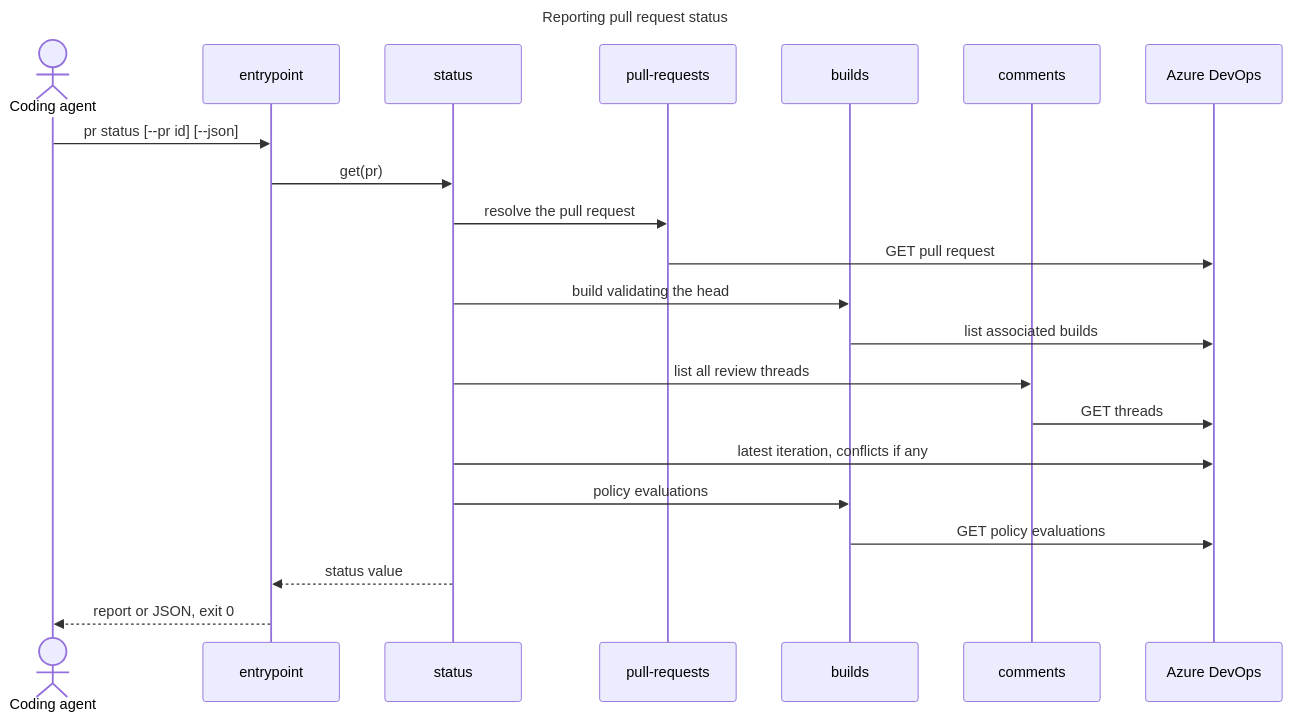
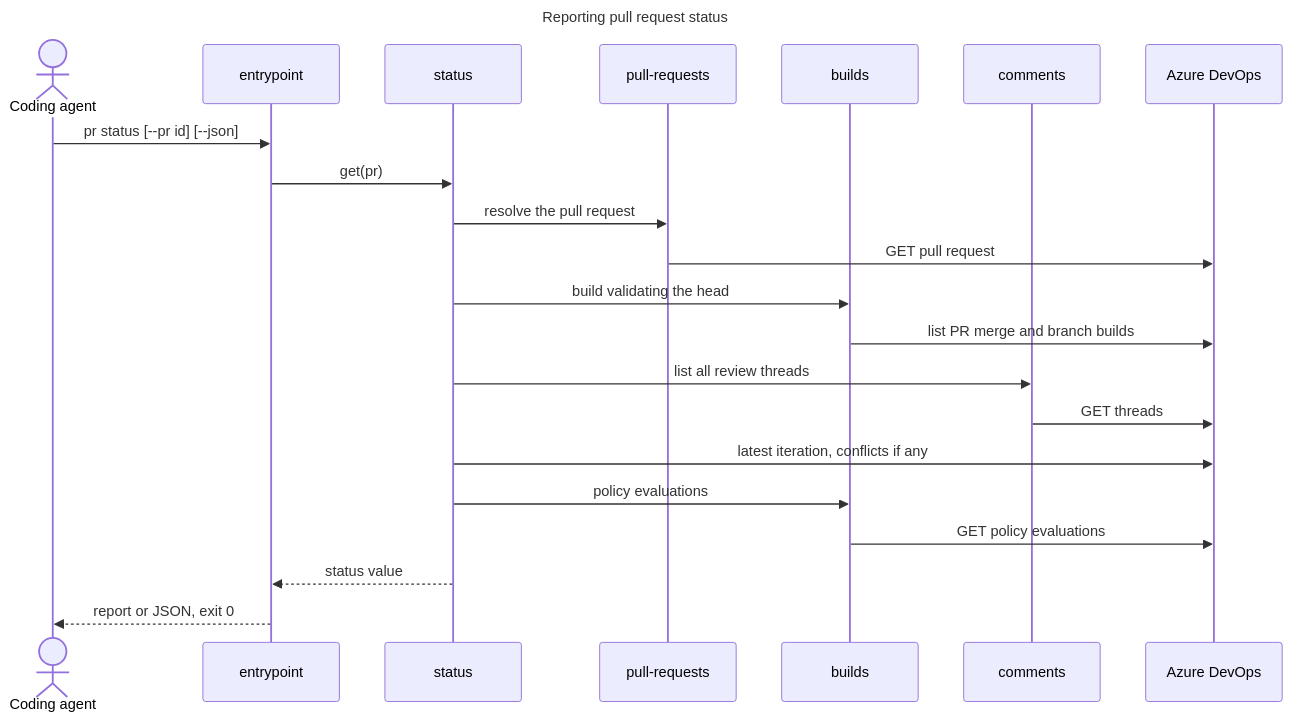
One commit to remshams/ado-pr changed the fourth of 5 diagrams in docs/architecture/architecture.md. Above: the diagram before and after it, drawn with Mermaid. The commit also changed other lines of this file and 1 other file, not shown here.

Commit message:
docs(Architecture): match the runtime diagrams to the launcher and CLI flow

````diff
--- a/docs/architecture/architecture.md
+++ b/docs/architecture/architecture.md
@@ -159,26 +164,26 @@
 ```mermaid
 ---
 title: Reporting pull request status
 ---
 sequenceDiagram
     actor Agent as Coding agent
     participant Entry as entrypoint
     participant Status as status
     participant Prs as pull-requests
     participant Builds as builds
     participant Comments as comments
     participant Azure as Azure DevOps
     Agent->>Entry: pr status [--pr id] [--json]
     Entry->>Status: get(pr)
     Status->>Prs: resolve the pull request
     Prs->>Azure: GET pull request
     Status->>Builds: build validating the head
-    Builds->>Azure: list associated builds
+    Builds->>Azure: list PR merge and branch builds
     Status->>Comments: list all review threads
     Comments->>Azure: GET threads
     Status->>Azure: latest iteration, conflicts if any
     Status->>Builds: policy evaluations
     Builds->>Azure: GET policy evaluations
     Status-->>Entry: status value
     Entry-->>Agent: report or JSON, exit 0
 ```
````
